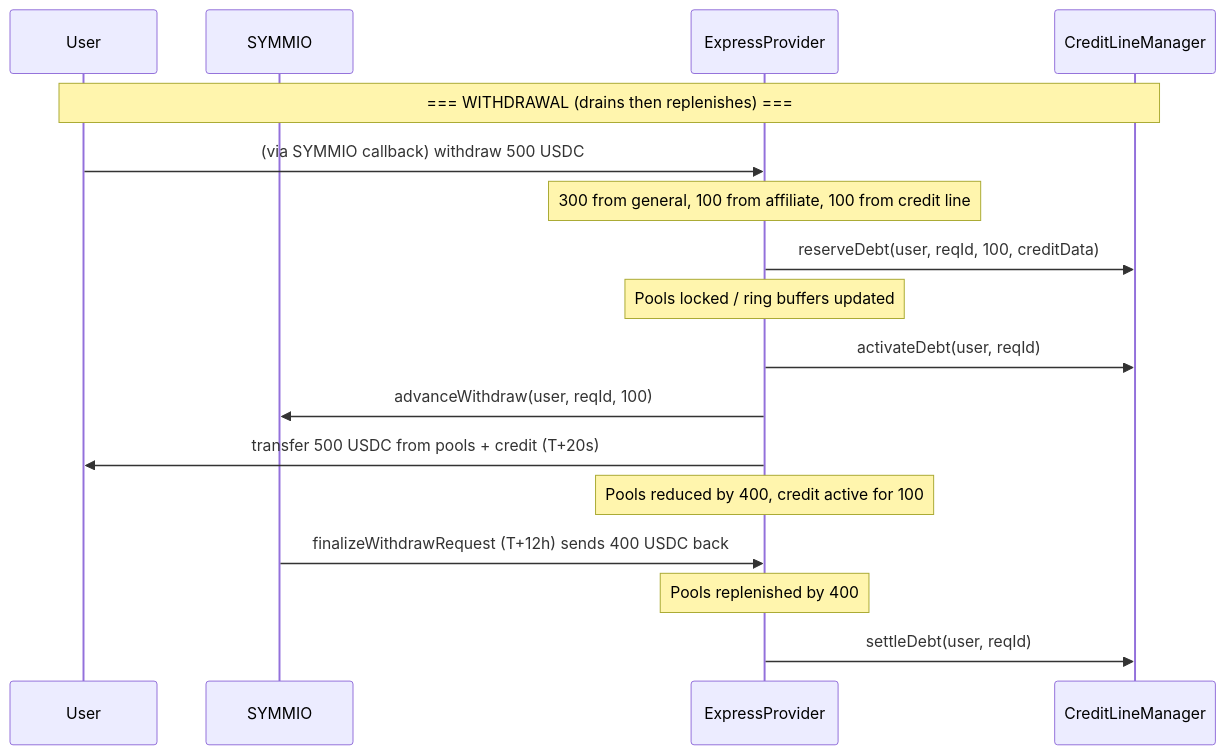
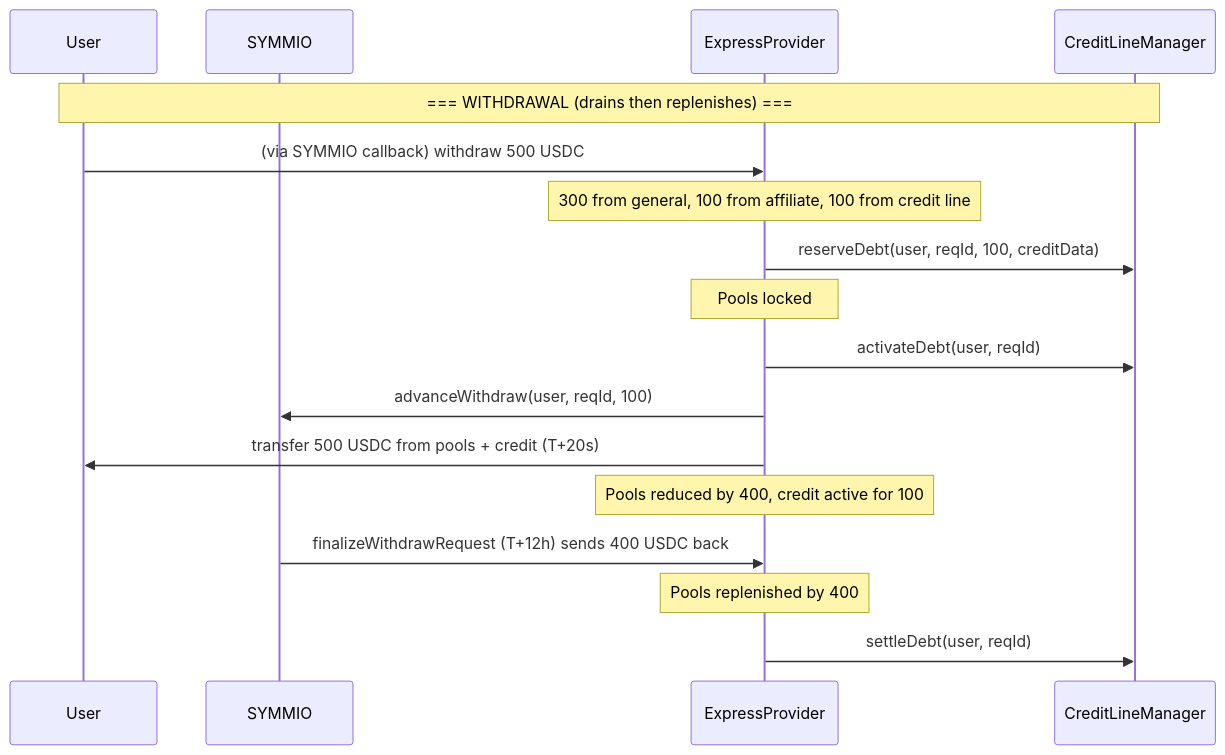
Before and after one commit to SYMM-IO/perps-core: the fourth of 15 diagrams in docs/v0.8.6/express-withdrawal-system-design.md, drawn with Mermaid. The commit also changed other lines of this file and 14 other files, not shown here.

````diff
--- a/docs/v0.8.6/express-withdrawal-system-design.md
+++ b/docs/v0.8.6/express-withdrawal-system-design.md
@@ -168,20 +165,20 @@
 ```mermaid
 sequenceDiagram
     participant User
     participant SYMMIO
     participant Express as ExpressProvider
     participant CLM as CreditLineManager
 
     Note over User,CLM: === WITHDRAWAL (drains then replenishes) ===
     User->>Express: (via SYMMIO callback) withdraw 500 USDC
     Note over Express: 300 from general, 100 from affiliate, 100 from credit line
     Express->>CLM: reserveDebt(user, reqId, 100, creditData)
-    Note over Express: Pools locked / ring buffers updated
+    Note over Express: Pools locked
     Express->>CLM: activateDebt(user, reqId)
     Express->>SYMMIO: advanceWithdraw(user, reqId, 100)
     Express->>User: transfer 500 USDC from pools + credit (T+20s)
     Note over Express: Pools reduced by 400, credit active for 100
     SYMMIO->>Express: finalizeWithdrawRequest (T+12h) sends 400 USDC back
     Note over Express: Pools replenished by 400
     Express->>CLM: settleDebt(user, reqId)
 ```
````
